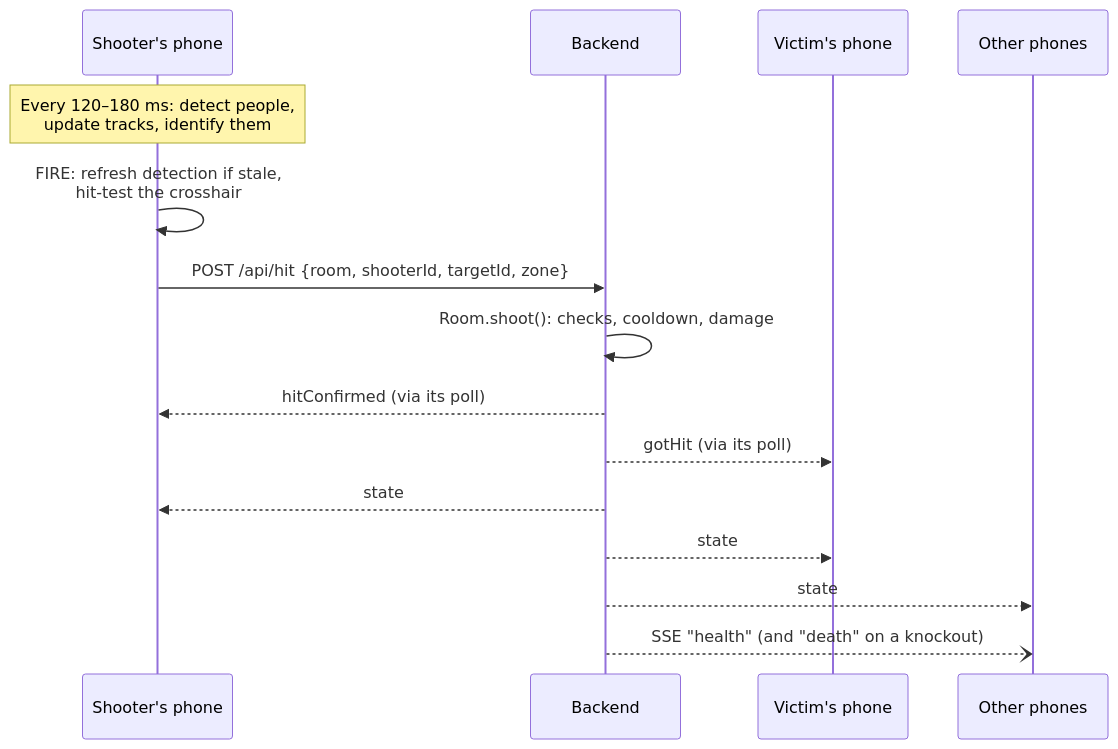
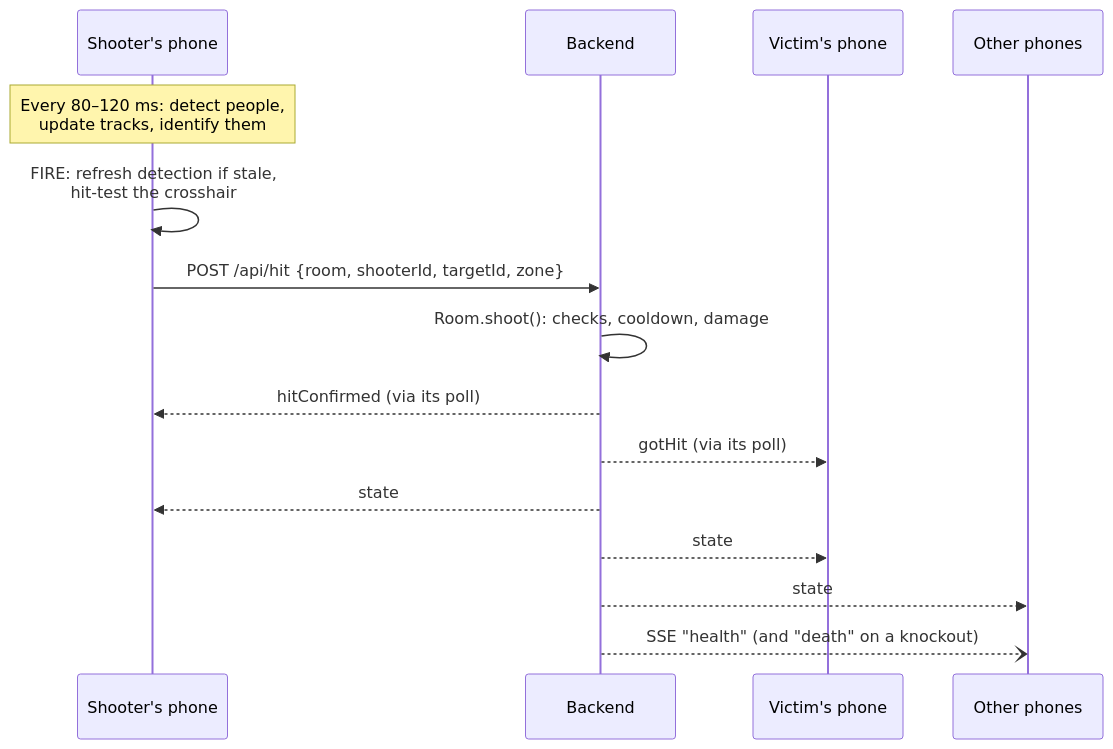
The second of 2 diagrams in docs/architecture.md (Basiliskenzahn/Laser-Tag), drawn with Mermaid before and after one commit. The commit also changed 12 other files, not shown here.

````diff
--- a/docs/architecture.md
+++ b/docs/architecture.md
@@ -51,18 +51,18 @@
 ```mermaid
 sequenceDiagram
   participant S as Shooter's phone
   participant B as Backend
   participant V as Victim's phone
   participant O as Other phones
 
-  Note over S: Every 120–180 ms: detect people,<br/>update tracks, identify them
+  Note over S: Every 80–120 ms: detect people,<br/>update tracks, identify them
   S->>S: FIRE: refresh detection if stale,<br/>hit-test the crosshair
   S->>B: POST /api/hit {room, shooterId, targetId, zone}
   B->>B: Room.shoot(): checks, cooldown, damage
   B-->>S: hitConfirmed (via its poll)
   B-->>V: gotHit (via its poll)
   B-->>S: state
   B-->>V: state
   B-->>O: state
   B--)O: SSE "health" (and "death" on a knockout)
 ```
````
